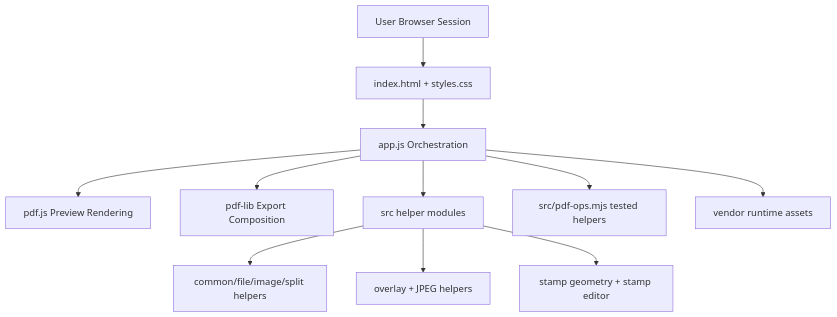
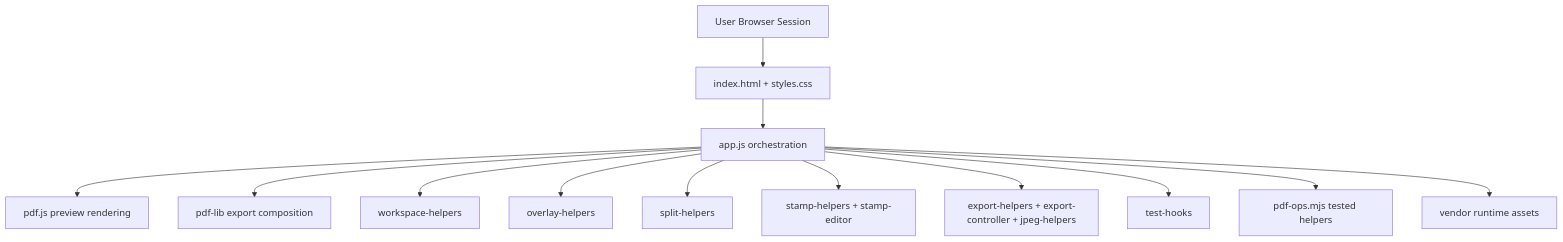
Before and after one commit to Ustselemov/local-pdf-toolkit: the diagram in docs/diagrams/architecture.md, drawn with Mermaid. The commit also changed 17 other files, not shown here.

````diff
--- a/docs/diagrams/architecture.md
+++ b/docs/diagrams/architecture.md
@@ -3,13 +3,15 @@
 ```mermaid
 flowchart TD
     User["User Browser Session"] --> UI["index.html + styles.css"]
-    UI --> Runtime["app.js Orchestration"]
-    Runtime --> Preview["pdf.js Preview Rendering"]
-    Runtime --> Export["pdf-lib Export Composition"]
-    Runtime --> Helpers["src helper modules"]
-    Helpers --> Common["common/file/image/split helpers"]
-    Helpers --> Overlay["overlay + JPEG helpers"]
-    Helpers --> Stamp["stamp geometry + stamp editor"]
-    Runtime --> Tested["src/pdf-ops.mjs tested helpers"]
+    UI --> Runtime["app.js orchestration"]
+    Runtime --> Preview["pdf.js preview rendering"]
+    Runtime --> ExportCore["pdf-lib export composition"]
+    Runtime --> Workspace["workspace-helpers"]
+    Runtime --> Overlay["overlay-helpers"]
+    Runtime --> Split["split-helpers"]
+    Runtime --> Stamp["stamp-helpers + stamp-editor"]
+    Runtime --> ExportFlow["export-helpers + export-controller + jpeg-helpers"]
+    Runtime --> TestHooks["test-hooks"]
+    Runtime --> Tested["pdf-ops.mjs tested helpers"]
     Runtime --> Vendor["vendor runtime assets"]
 ```
````
